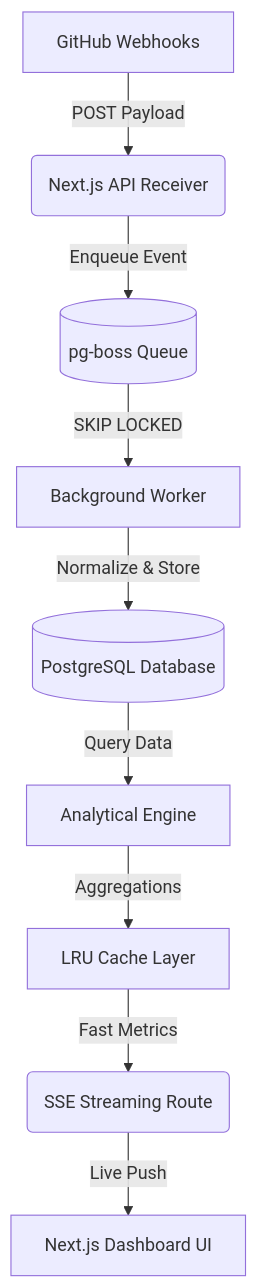
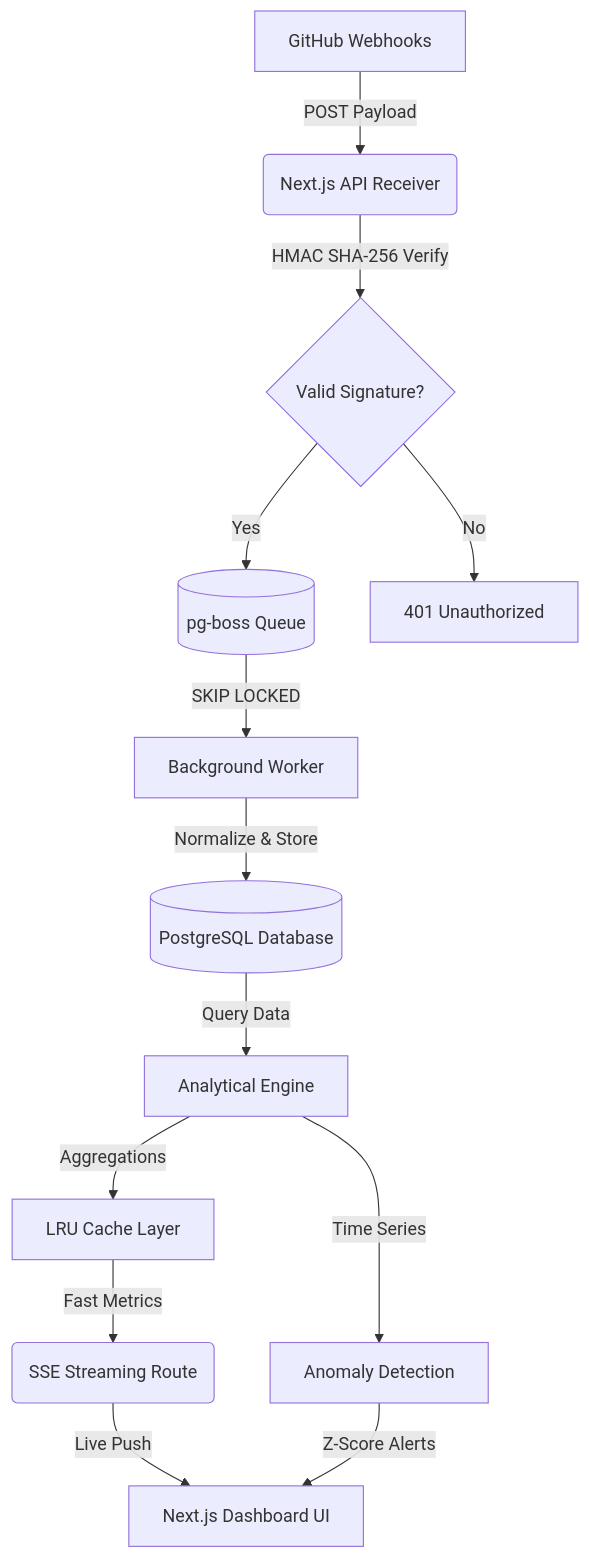
One commit to Panchadip-128/devboard changed the first of 2 diagrams in README.md. Above: the diagram before and after it, drawn with Mermaid. The commit also changed other lines of this file and 17 other files, not shown here.

Commit message:
feat: Phase 5 - REST API, anomaly detection, incidents, team leaderboard, seed script, multi-page UI

````diff
--- a/README.md
+++ b/README.md
@@ -7,11 +7,15 @@
 ```mermaid
 graph TD
     A[GitHub Webhooks] -->|POST Payload| B(Next.js API Receiver)
-    B -->|Enqueue Event| C[(pg-boss Queue)]
-    C -->|SKIP LOCKED| D[Background Worker]
-    D -->|Normalize & Store| E[(PostgreSQL Database)]
-    E -->|Query Data| F[Analytical Engine]
-    F -->|Aggregations| G[LRU Cache Layer]
-    G -->|Fast Metrics| H(SSE Streaming Route)
-    H -->|Live Push| I[Next.js Dashboard UI]
+    B -->|HMAC SHA-256 Verify| C{Valid Signature?}
+    C -->|Yes| D[(pg-boss Queue)]
+    C -->|No| E[401 Unauthorized]
+    D -->|SKIP LOCKED| F[Background Worker]
+    F -->|Normalize & Store| G[(PostgreSQL Database)]
+    G -->|Query Data| H[Analytical Engine]
+    H -->|Aggregations| I[LRU Cache Layer]
+    I -->|Fast Metrics| J(SSE Streaming Route)
+    J -->|Live Push| K[Next.js Dashboard UI]
+    H -->|Time Series| L[Anomaly Detection]
+    L -->|Z-Score Alerts| K
 ```
````
